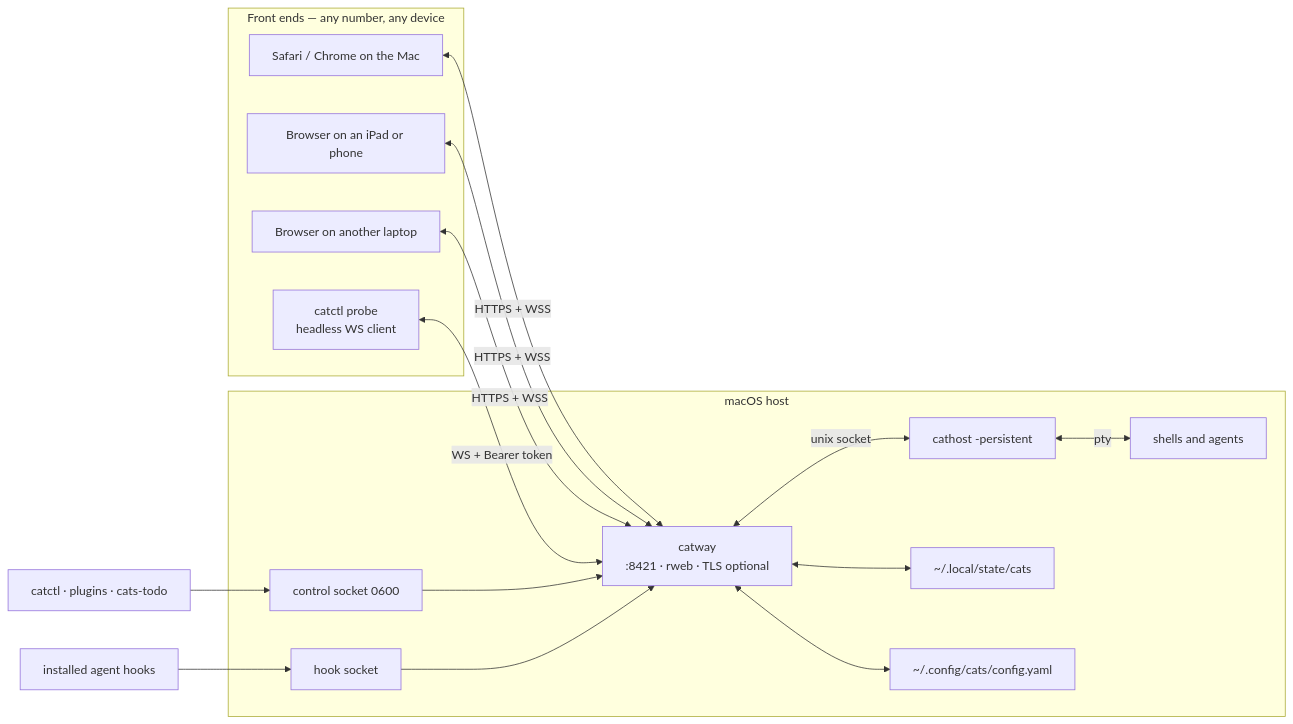
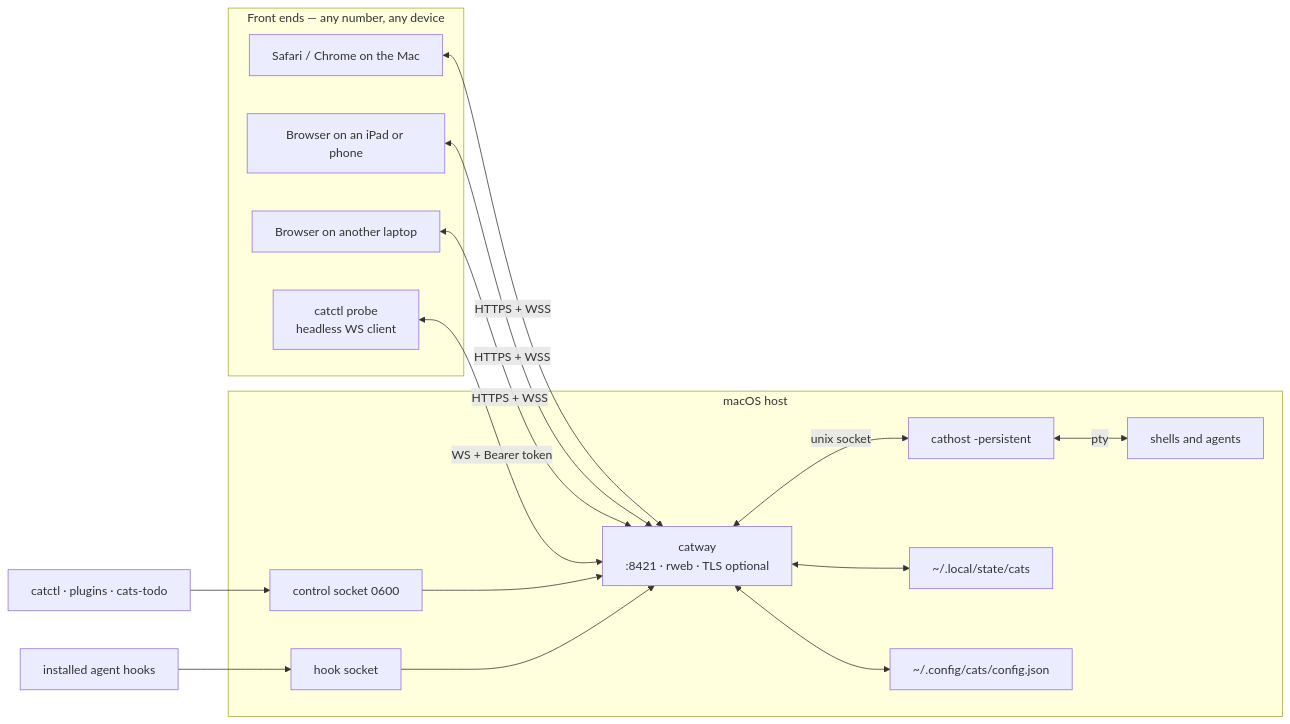
One commit to rohanthewiz/cats changed the first of 2 diagrams in docs/architecture/web-client-mac-server.md. Above: the diagram before and after it, drawn with Mermaid. The commit also changed 37 other files, not shown here.

First line of the commit message:
settings: one config.json and a tabbed Settings screen (⌘,)

````diff
--- a/docs/architecture/web-client-mac-server.md
+++ b/docs/architecture/web-client-mac-server.md
@@ -15,35 +15,35 @@
 ```mermaid
 flowchart LR
   subgraph clients["Front ends — any number, any device"]
     B1["Safari / Chrome on the Mac"]
     B2["Browser on an iPad or phone"]
     B3["Browser on another laptop"]
     PROBE["catctl probe<br/>headless WS client"]
   end
 
   subgraph mac["macOS host"]
     GW["catway<br/>:8421 · rweb · TLS optional"]
     TH["cathost -persistent"]
     SH["shells and agents"]
     CTL["control socket 0600"]
     HOOK["hook socket"]
     ST["~/.local/state/cats"]
-    CFG["~/.config/cats/config.yaml"]
+    CFG["~/.config/cats/config.json"]
   end
 
   CLI["catctl · plugins · cats-todo"]
   HOOKS["installed agent hooks"]
 
   B1 <-->|"HTTPS + WSS"| GW
   B2 <-->|"HTTPS + WSS"| GW
   B3 <-->|"HTTPS + WSS"| GW
   PROBE <-->|"WS + Bearer token"| GW
   GW <-->|"unix socket"| TH
   TH <-->|"pty"| SH
   CLI --> CTL
   CTL --> GW
   HOOKS --> HOOK
   HOOK --> GW
   GW <--> ST
   GW <--> CFG
 ```
````
